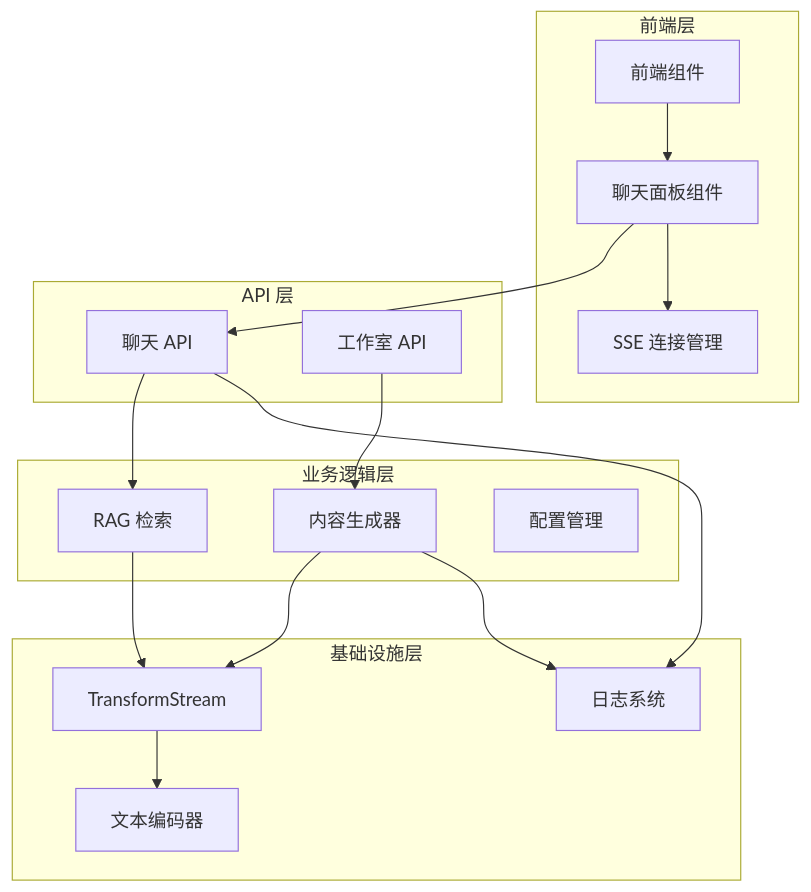
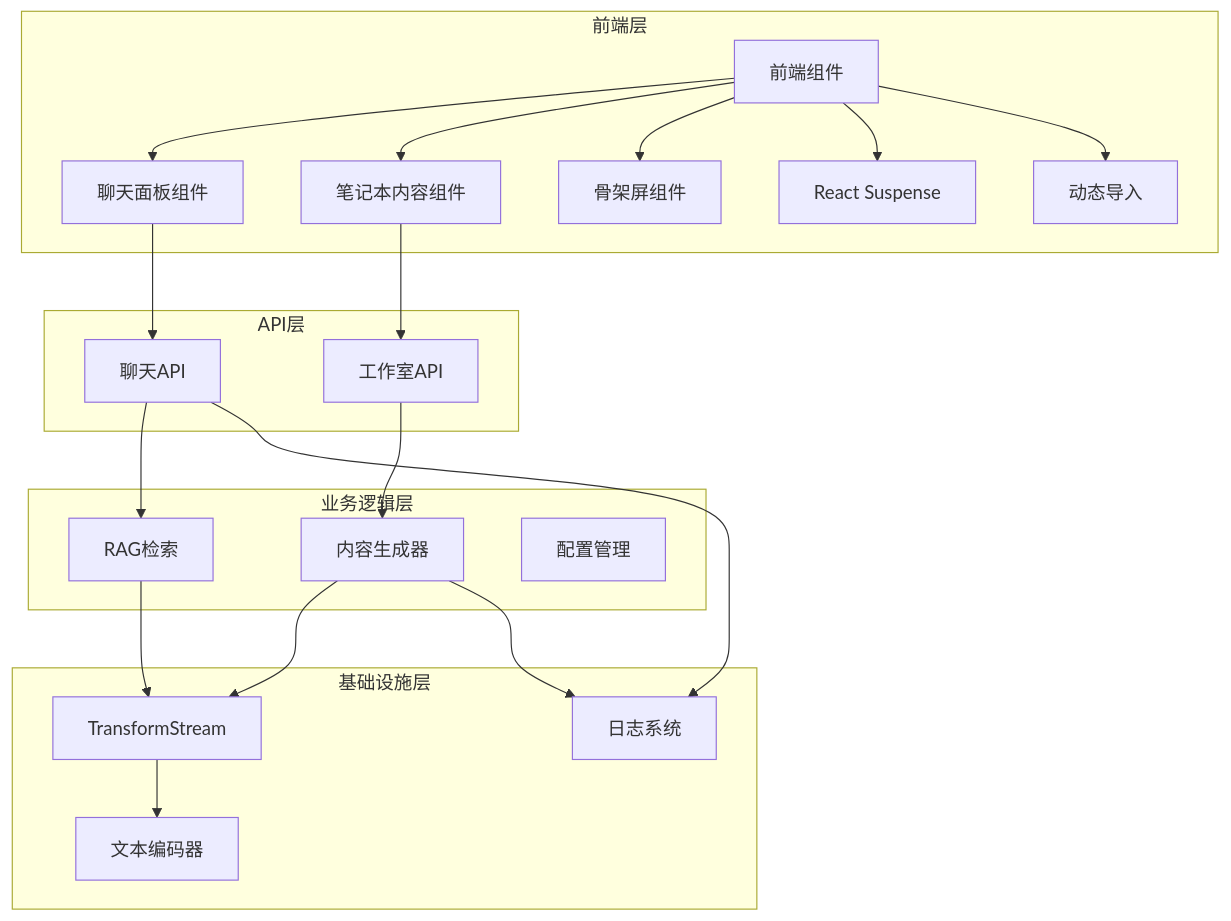
The first of 8 diagrams in .qoder/repowiki/zh/content/RAG 问答系统/流式输出实现.md (lbl-bm/notebookLM-clone), drawn with Mermaid before and after one commit. The commit also changed other lines of this file and 3 other files, not shown here.

````diff
--- a/.qoder/repowiki/zh/content/RAG 问答系统/流式输出实现.md
+++ b/.qoder/repowiki/zh/content/RAG 问答系统/流式输出实现.md
@@ -39,32 +56,39 @@
 ```mermaid
 graph TB
 subgraph "前端层"
 FE[前端组件]
 ChatPanel[聊天面板组件]
-SSE[SSE 连接管理]
+NotebookContent[笔记本内容组件]
+Skeleton[骨架屏组件]
+Suspense[React Suspense]
+DynamicImport[动态导入]
 end
-subgraph "API 层"
-ChatAPI[聊天 API]
-StudioAPI[工作室 API]
+subgraph "API层"
+ChatAPI[聊天API]
+StudioAPI[工作室API]
 end
 subgraph "业务逻辑层"
-RAG[RAG 检索]
+RAG[RAG检索]
 Generator[内容生成器]
 Config[配置管理]
 end
 subgraph "基础设施层"
 TransformStream[TransformStream]
 TextEncoder[文本编码器]
 Logger[日志系统]
 end
 FE --> ChatPanel
+FE --> NotebookContent
+FE --> Skeleton
+FE --> Suspense
+FE --> DynamicImport
 ChatPanel --> ChatAPI
-ChatPanel --> SSE
+NotebookContent --> StudioAPI
 ChatAPI --> RAG
 StudioAPI --> Generator
 RAG --> TransformStream
 Generator --> TransformStream
 TransformStream --> TextEncoder
 ChatAPI --> Logger
 Generator --> Logger
 ```
````
